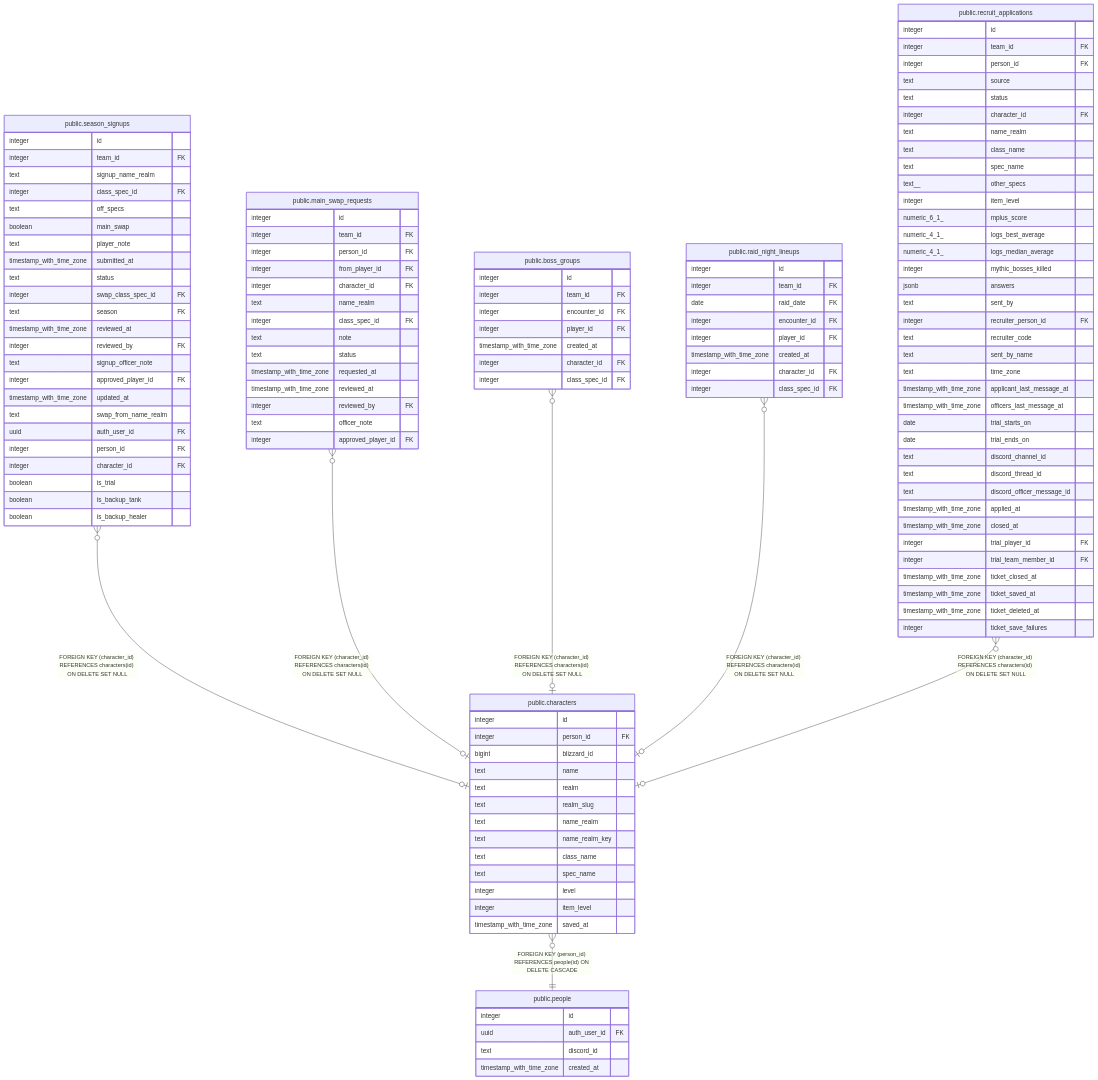
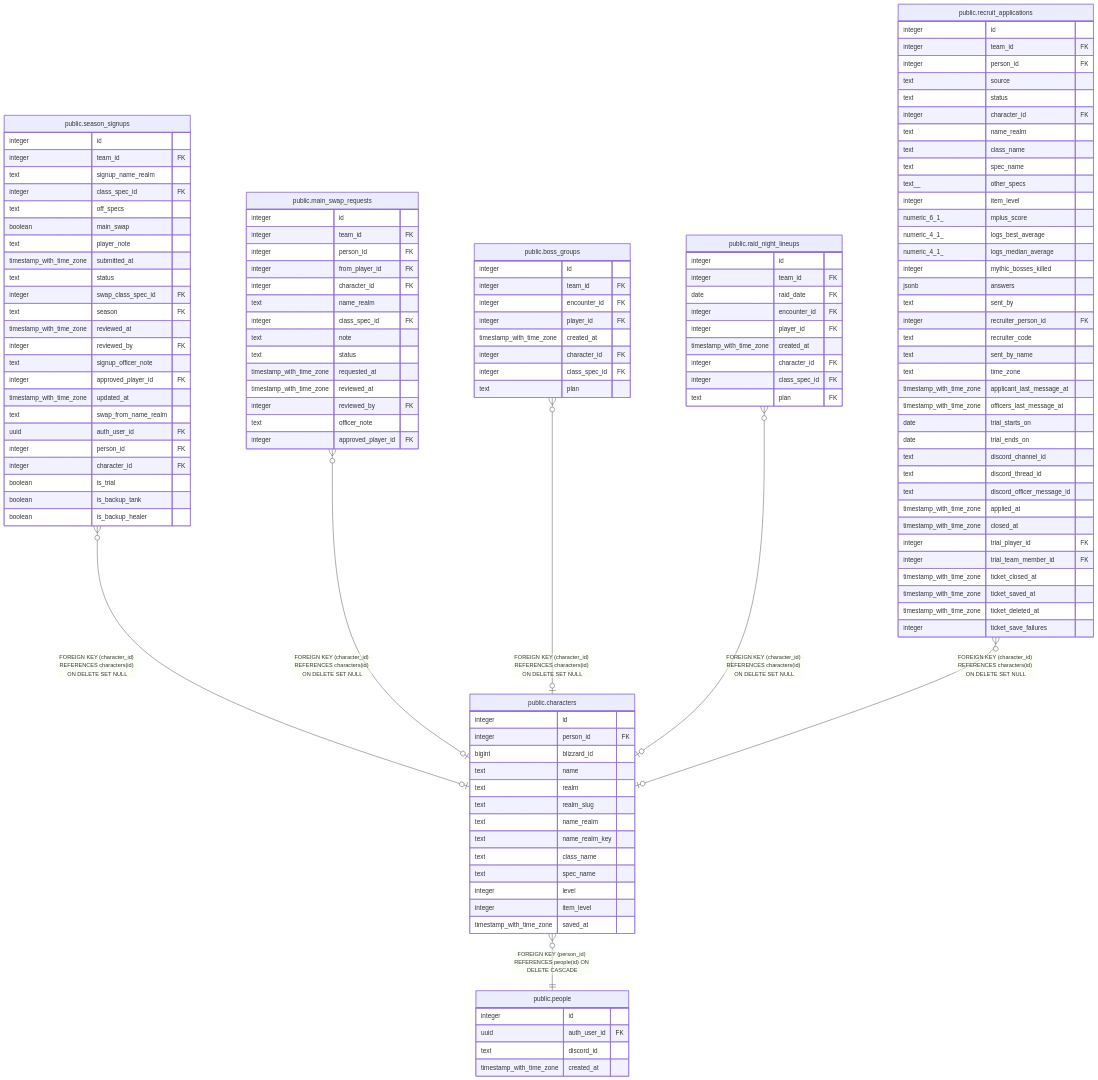
The diagram in dbdoc/public.characters.md (katogaming88/WGA-Raid-Hub), drawn with Mermaid before and after one commit. The commit also changed 42 other files, not shown here.

```diff
--- a/dbdoc/public.characters.md
+++ b/dbdoc/public.characters.md
@@ -121,6 +121,7 @@
   timestamp_with_time_zone created_at
   integer character_id FK
   integer class_spec_id FK
+  text plan
 }
 "public.raid_night_lineups" {
   integer id
@@ -131,6 +132,7 @@
   timestamp_with_time_zone created_at
   integer character_id FK
   integer class_spec_id FK
+  text plan FK
 }
 "public.recruit_applications" {
   integer id
```
